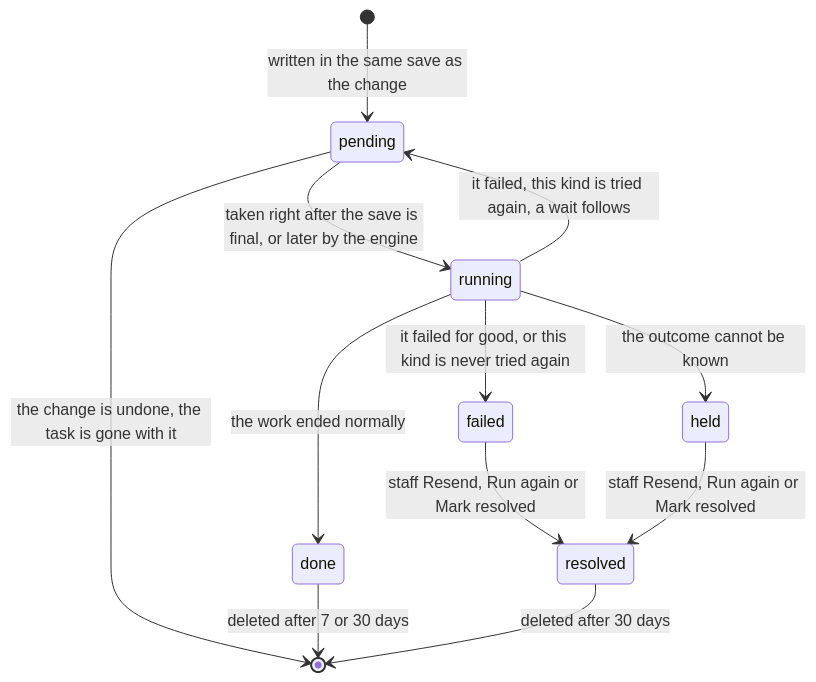
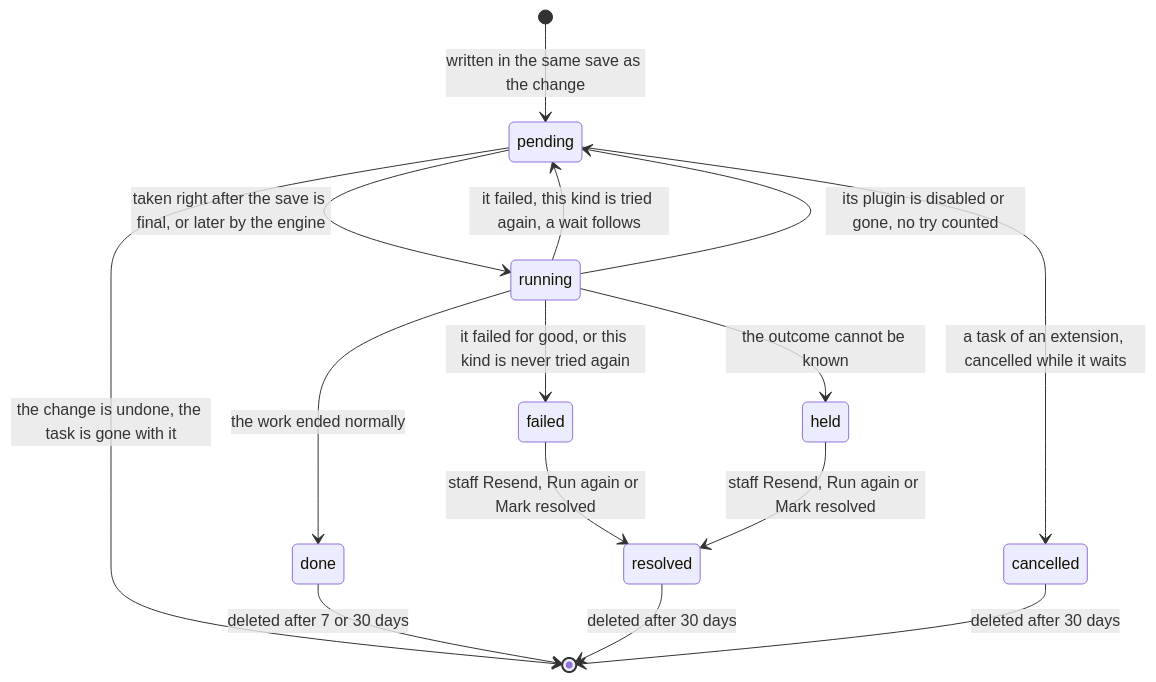
Before and after one commit to Easylogic-CO-LP/Alfa-Commerce-Manual: the second of 3 diagrams in docs/architecture/background-work.md, drawn with Mermaid. The commit also changed other lines of this file, not shown here.

Commit message:
Background work, checked against the task engine: an alfa plugin declares and runs tasks and jobs of its own, cancelled is a state of an extension's work, a job that calls other systems fails at its sixth failure, the API's owner and result name the extension

````diff
--- a/docs/architecture/background-work.md
+++ b/docs/architecture/background-work.md
@@ -112,14 +119,17 @@
 ```mermaid
 stateDiagram-v2
     [*] --> pending: written in the same save as the change
     pending --> [*]: the change is undone, the task is gone with it
     pending --> running: taken right after the save is final, or later by the engine
     running --> done: the work ended normally
     running --> pending: it failed, this kind is tried again, a wait follows
     running --> failed: it failed for good, or this kind is never tried again
     running --> held: the outcome cannot be known
+    running --> pending: its plugin is disabled or gone, no try counted
+    pending --> cancelled: a task of an extension, cancelled while it waits
     failed --> resolved: staff Resend, Run again or Mark resolved
     held --> resolved: staff Resend, Run again or Mark resolved
     done --> [*]: deleted after 7 or 30 days
     resolved --> [*]: deleted after 30 days
+    cancelled --> [*]: deleted after 30 days
 ```
````
